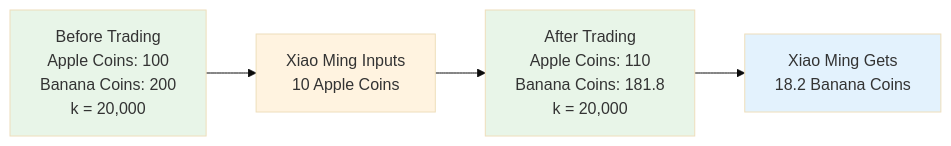
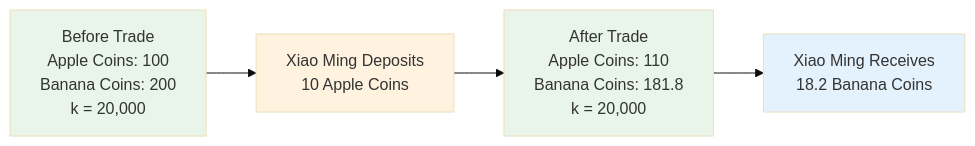
Before and after one commit to pinpetfun/pinpet-book: the third of 9 diagrams in doc/AMM_Market_Making.md, drawn with Mermaid (base theme). The commit also changed other lines of this file and 54 other files, not shown here.

````diff
--- a/doc/AMM_Market_Making.md
+++ b/doc/AMM_Market_Making.md
@@ -134,14 +134,14 @@
 ```mermaid
 graph LR
-    A[Before Trading<br/>Apple Coins: 100<br/>Banana Coins: 200<br/>k = 20,000] 
-    B[Xiao Ming Inputs<br/>10 Apple Coins]
-    C[After Trading<br/>Apple Coins: 110<br/>Banana Coins: 181.8<br/>k = 20,000]
-    D[Xiao Ming Gets<br/>18.2 Banana Coins]
-    
+    A[Before Trade<br/>Apple Coins: 100<br/>Banana Coins: 200<br/>k = 20,000]
+    B[Xiao Ming Deposits<br/>10 Apple Coins]
+    C[After Trade<br/>Apple Coins: 110<br/>Banana Coins: 181.8<br/>k = 20,000]
+    D[Xiao Ming Receives<br/>18.2 Banana Coins]
+
     A --> B --> C --> D
-    
+
     style A fill:#e8f5e8
     style C fill:#e8f5e8
     style B fill:#fff3e0
     style D fill:#e3f2fd
 ```
````
